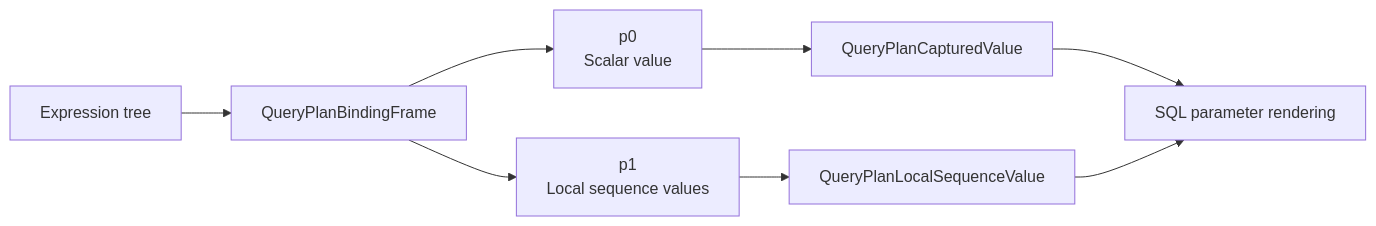
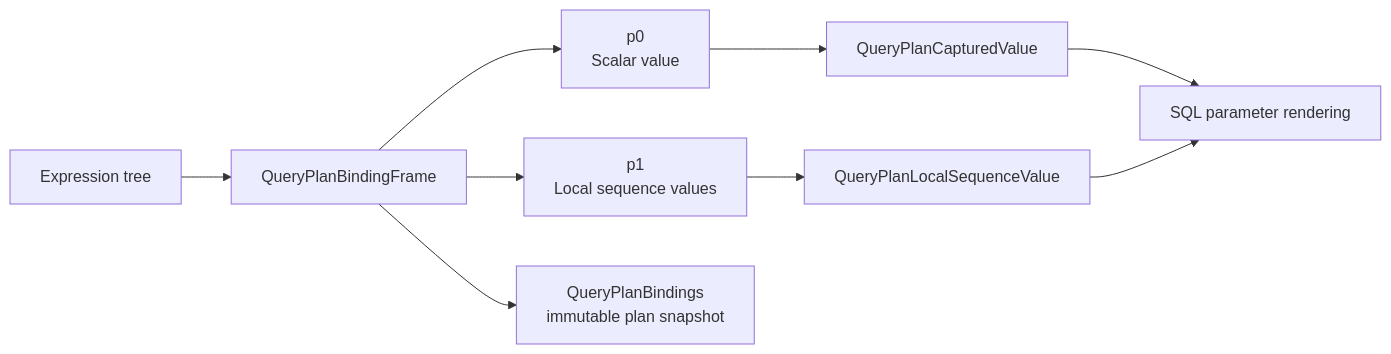
The fifth of 7 diagrams in docs/internals/LINQ Parser Architecture.md (bazer/DataLinq), drawn with Mermaid before and after one commit. The commit also changed other lines of this file and 16 other files, not shown here.

````diff
--- a/docs/internals/LINQ Parser Architecture.md
+++ b/docs/internals/LINQ Parser Architecture.md
@@ -199,10 +199,11 @@
 ```mermaid
 flowchart LR
     A["Expression tree"] --> B["QueryPlanBindingFrame"]
     B --> C["p0<br/>Scalar value"]
     B --> D["p1<br/>Local sequence values"]
-    C --> E["QueryPlanCapturedValue"]
-    D --> F["QueryPlanLocalSequenceValue"]
-    E --> G["SQL parameter rendering"]
-    F --> G
+    B --> E["QueryPlanBindings<br/>immutable plan snapshot"]
+    C --> F["QueryPlanCapturedValue"]
+    D --> G["QueryPlanLocalSequenceValue"]
+    F --> H["SQL parameter rendering"]
+    G --> H
 ```
````
